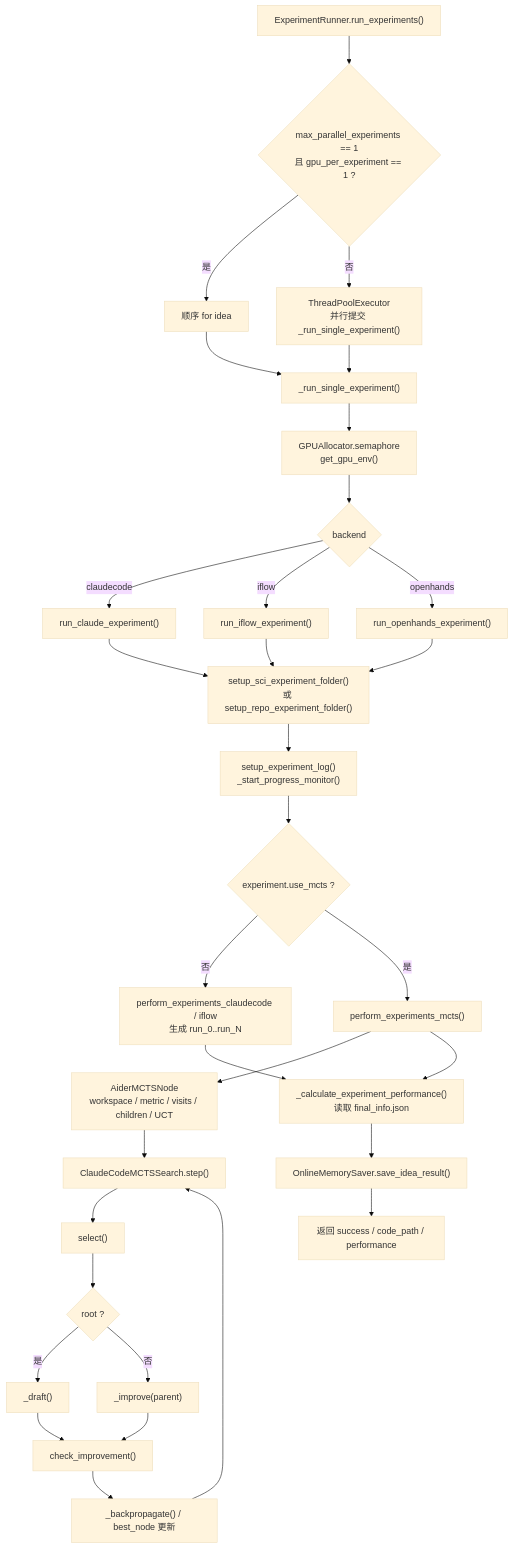
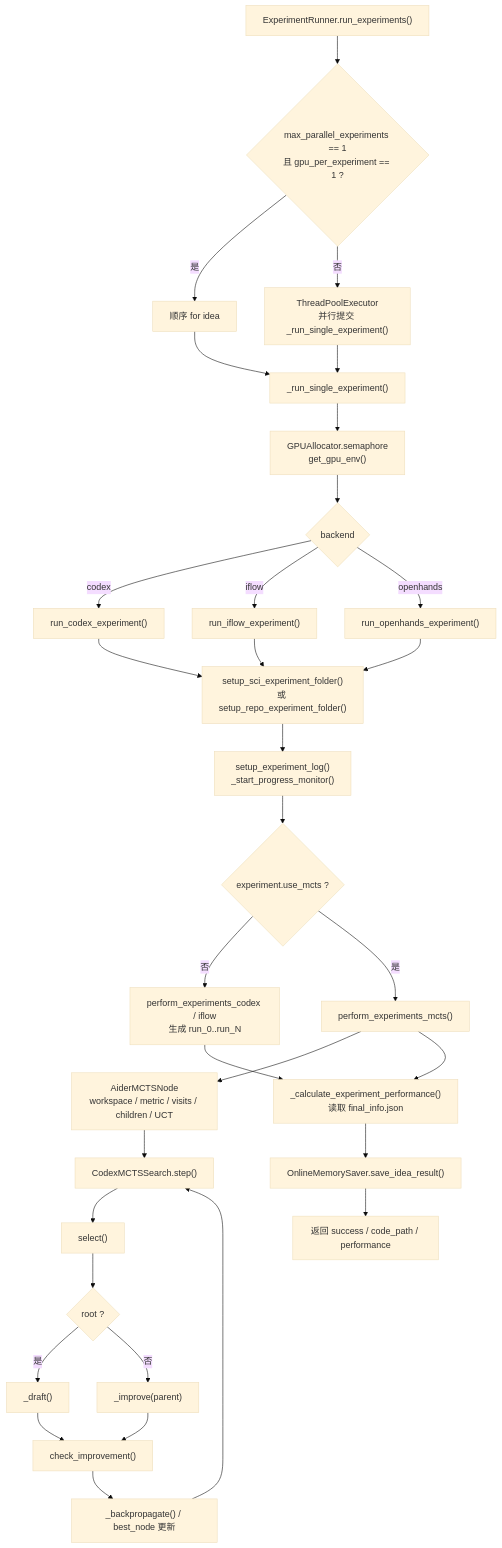
The eighth of 9 diagrams in architecture.md (v6582374-netizen/Vegapunk), drawn with Mermaid (base theme) before and after one commit. The commit also changed other lines of this file and 118 other files, not shown here.

````diff
--- a/architecture.md
+++ b/architecture.md
@@ -322,37 +322,37 @@
 ```mermaid
 flowchart TD
     ER["ExperimentRunner.run_experiments()"] --> Mode{"max_parallel_experiments == 1<br/>且 gpu_per_experiment == 1 ?"}
     Mode -- 是 --> Seq["顺序 for idea"]
     Mode -- 否 --> Par["ThreadPoolExecutor<br/>并行提交 _run_single_experiment()"]
     Seq --> Single["_run_single_experiment()"]
     Par --> Single
 
     Single --> GPU["GPUAllocator.semaphore<br/>get_gpu_env()"]
     GPU --> Backend{"backend"}
-    Backend -- claudecode --> Claude["run_claude_experiment()"]
+    Backend -- codex --> Codex["run_codex_experiment()"]
     Backend -- iflow --> IFlow["run_iflow_experiment()"]
     Backend -- openhands --> OpenHands["run_openhands_experiment()"]
 
-    Claude --> Setup["setup_sci_experiment_folder()<br/>或 setup_repo_experiment_folder()"]
+    Codex --> Setup["setup_sci_experiment_folder()<br/>或 setup_repo_experiment_folder()"]
     IFlow --> Setup
     OpenHands --> Setup
     Setup --> Log["setup_experiment_log()<br/>_start_progress_monitor()"]
     Log --> MCTSFlag{"experiment.use_mcts ?"}
-    MCTSFlag -- 否 --> Normal["perform_experiments_claudecode / iflow<br/>生成 run_0..run_N"]
+    MCTSFlag -- 否 --> Normal["perform_experiments_codex / iflow<br/>生成 run_0..run_N"]
     MCTSFlag -- 是 --> MctsStart["perform_experiments_mcts()"]
     MctsStart --> Node["AiderMCTSNode<br/>workspace / metric / visits / children / UCT"]
-    Node --> Step["ClaudeCodeMCTSSearch.step()"]
+    Node --> Step["CodexMCTSSearch.step()"]
     Step --> Select["select()"]
     Select --> DraftOrImprove{"root ?"}
     DraftOrImprove -- 是 --> Draft["_draft()"]
     DraftOrImprove -- 否 --> Improve["_improve(parent)"]
     Draft --> Check["check_improvement()"]
     Improve --> Check
     Check --> Back["_backpropagate() / best_node 更新"]
     Back --> Step
 
     Normal --> Metrics["_calculate_experiment_performance()<br/>读取 final_info.json"]
     MctsStart --> Metrics
     Metrics --> Online["OnlineMemorySaver.save_idea_result()"]
     Online --> Result["返回 success / code_path / performance"]
 ```
````
